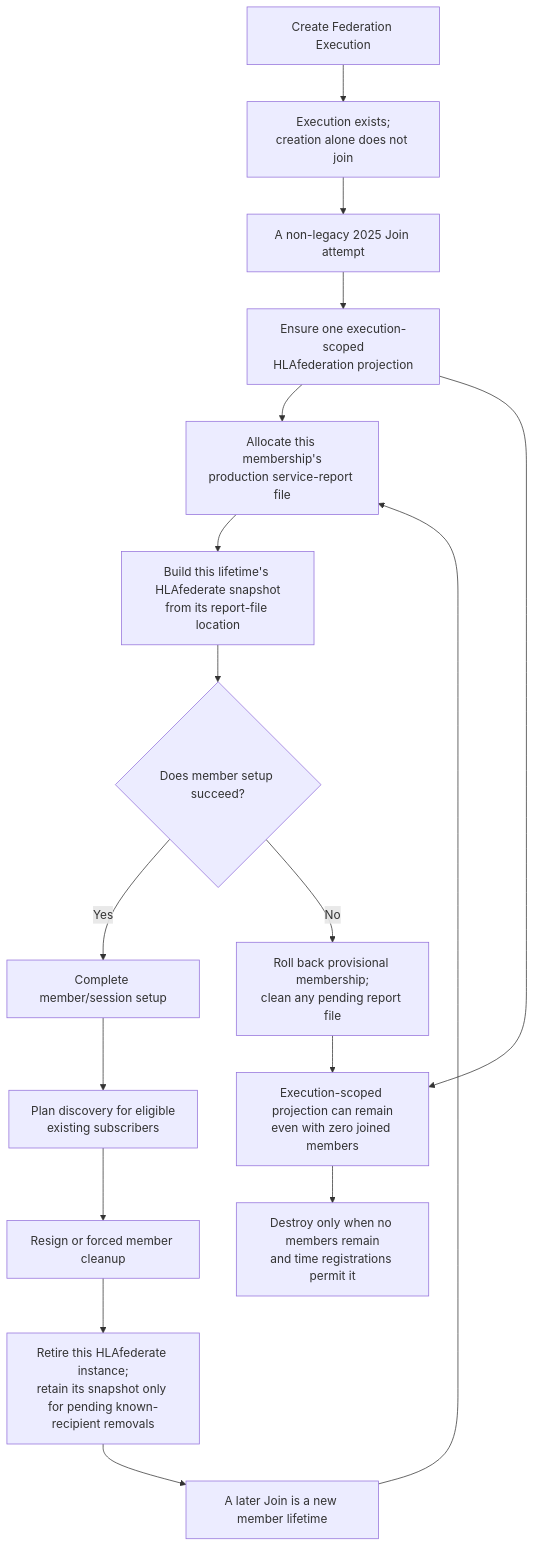
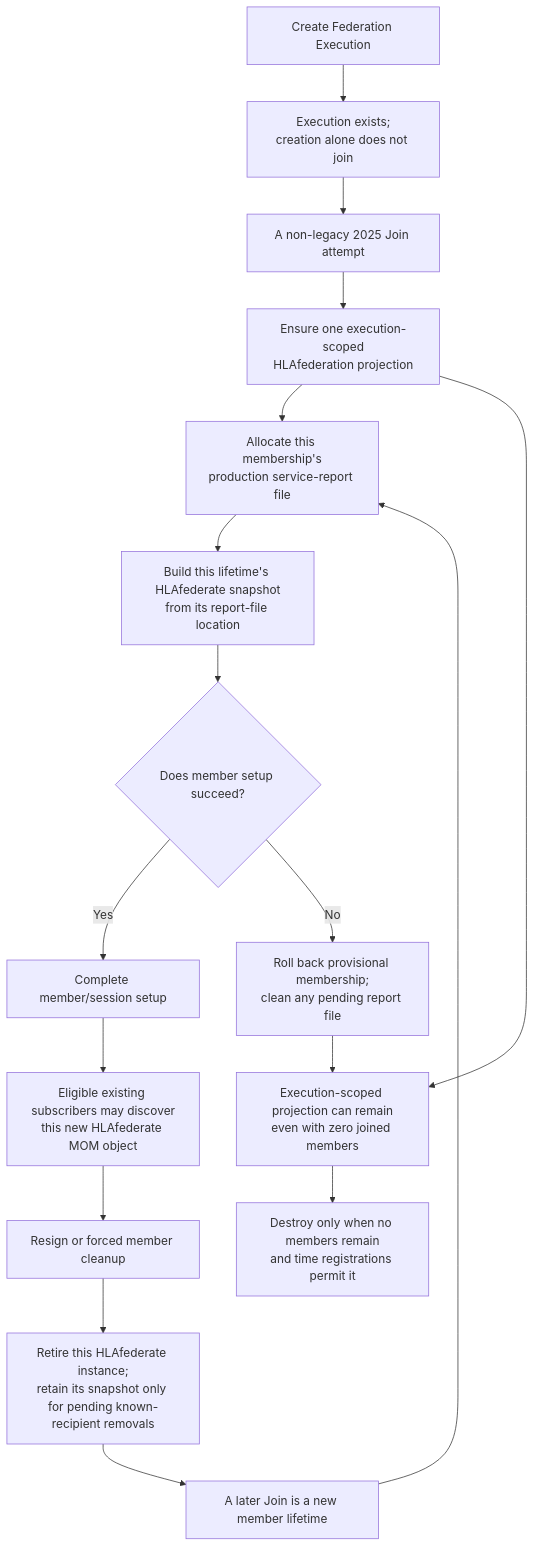
Before and after one commit to sheepfling/umbra: diagram 14 of 31 in docs/design/HLA-2025-FEDERATION-AND-FEDERATE-LIFECYCLE-FLOW-GUIDE.md, drawn with Mermaid. The commit also changed other lines of this file and 39 other files, not shown here.

Commit message:
Document IEEE 1516.1-2025 behavior flows

````diff
--- a/docs/design/HLA-2025-FEDERATION-AND-FEDERATE-LIFECYCLE-FLOW-GUIDE.md
+++ b/docs/design/HLA-2025-FEDERATION-AND-FEDERATE-LIFECYCLE-FLOW-GUIDE.md
@@ -366,19 +837,19 @@
 ```mermaid
 flowchart TB
   CREATE["Create Federation Execution"] --> EXECUTION["Execution exists;<br/>creation alone does not join"]
   EXECUTION --> JOIN["A non-legacy 2025 Join attempt"]
   JOIN --> FEDERATION_MOM["Ensure one execution-scoped<br/>HLAfederation projection"]
   FEDERATION_MOM --> REPORT_FILE["Allocate this membership's<br/>production service-report file"]
   REPORT_FILE --> MEMBER_MOM["Build this lifetime's HLAfederate snapshot<br/>from its report-file location"]
   MEMBER_MOM --> SETUP_OK{"Does member setup succeed?"}
   SETUP_OK -->|Yes| COMMIT["Complete member/session setup"]
-  COMMIT --> DISCOVER["Plan discovery for eligible<br/>existing subscribers"]
+  COMMIT --> DISCOVER["Eligible existing subscribers may discover<br/>this new HLAfederate MOM object"]
   SETUP_OK -->|No| ROLLBACK["Roll back provisional membership;<br/>clean any pending report file"]
   ROLLBACK --> FEDERATION_REMAINS["Execution-scoped projection can remain<br/>even with zero joined members"]
   FEDERATION_MOM --> FEDERATION_REMAINS
   FEDERATION_REMAINS --> DESTROY["Destroy only when no members remain<br/>and time registrations permit it"]
   DISCOVER --> RESIGN["Resign or forced member cleanup"]
   RESIGN --> RETIRE["Retire this HLAfederate instance;<br/>retain its snapshot only for pending known-recipient removals"]
   RETIRE --> REJOIN["A later Join is a new member lifetime"]
   REJOIN --> REPORT_FILE
 ```
````
